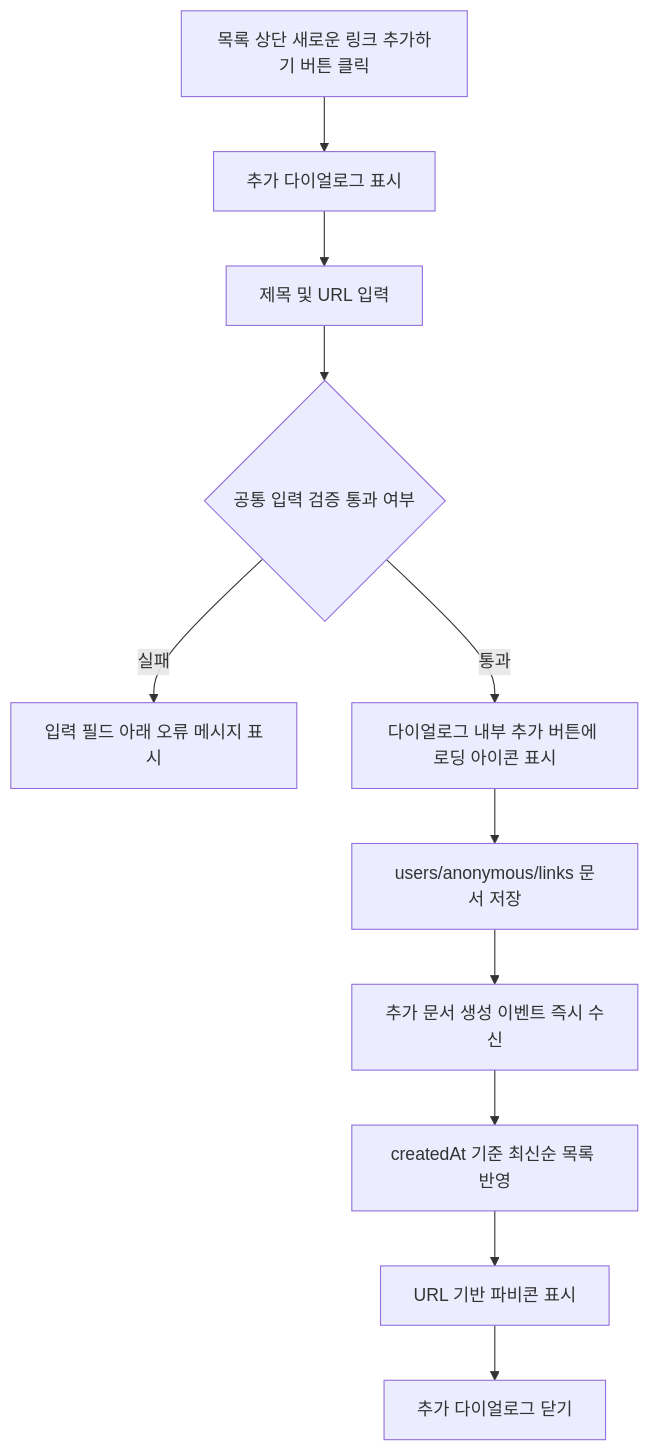
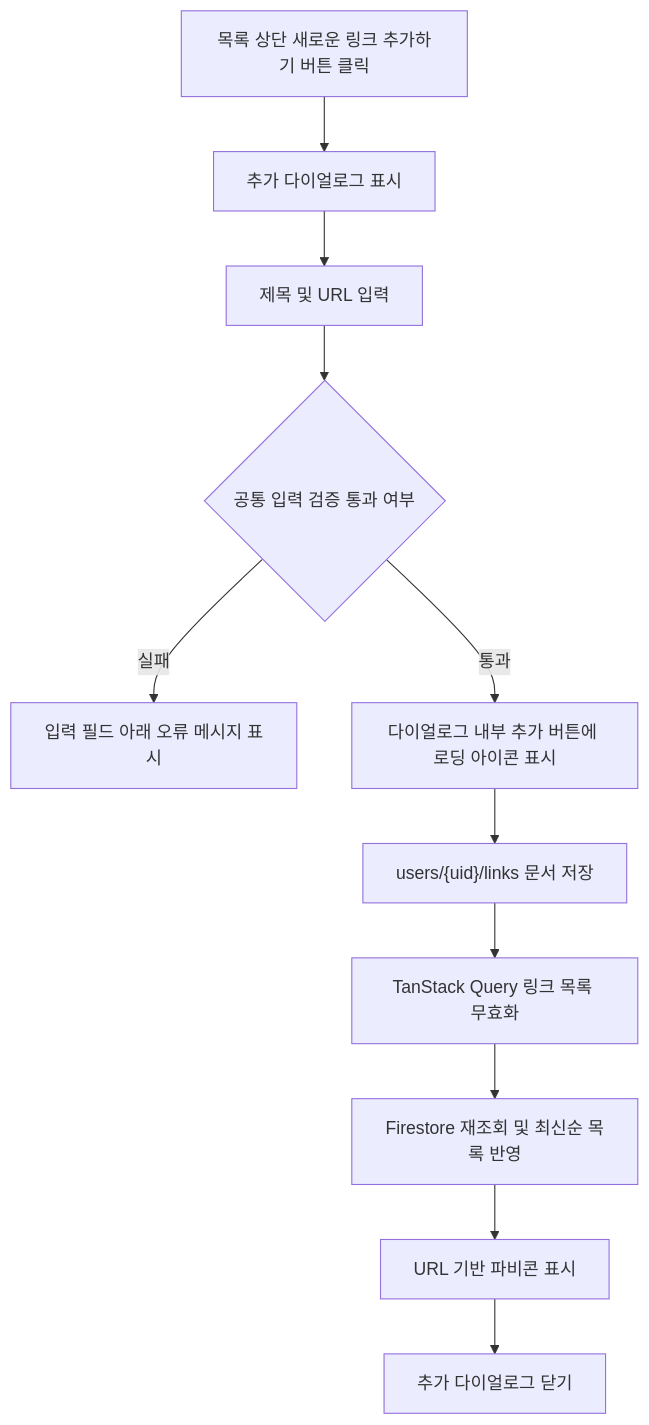
Before and after one commit to olivesch/my-link: the sixth of 13 diagrams in docs/Wireframe.md, drawn with Mermaid. The commit also changed other lines of this file and 25 other files, not shown here.

````diff
--- a/docs/Wireframe.md
+++ b/docs/Wireframe.md
@@ -150,13 +179,13 @@
 ```mermaid
 flowchart TD
   A["목록 상단 새로운 링크 추가하기 버튼 클릭"] --> B["추가 다이얼로그 표시"]
   B --> C["제목 및 URL 입력"]
   C --> D{"공통 입력 검증 통과 여부"}
   D -->|실패| E["입력 필드 아래 오류 메시지 표시"]
   D -->|통과| F["다이얼로그 내부 추가 버튼에 로딩 아이콘 표시"]
-  F --> G["users/anonymous/links 문서 저장"]
-  G --> H["추가 문서 생성 이벤트 즉시 수신"]
-  H --> J["createdAt 기준 최신순 목록 반영"]
+  F --> G["users/{uid}/links 문서 저장"]
+  G --> H["TanStack Query 링크 목록 무효화"]
+  H --> J["Firestore 재조회 및 최신순 목록 반영"]
   J --> I["URL 기반 파비콘 표시"]
   I --> K["추가 다이얼로그 닫기"]
 ```
````
